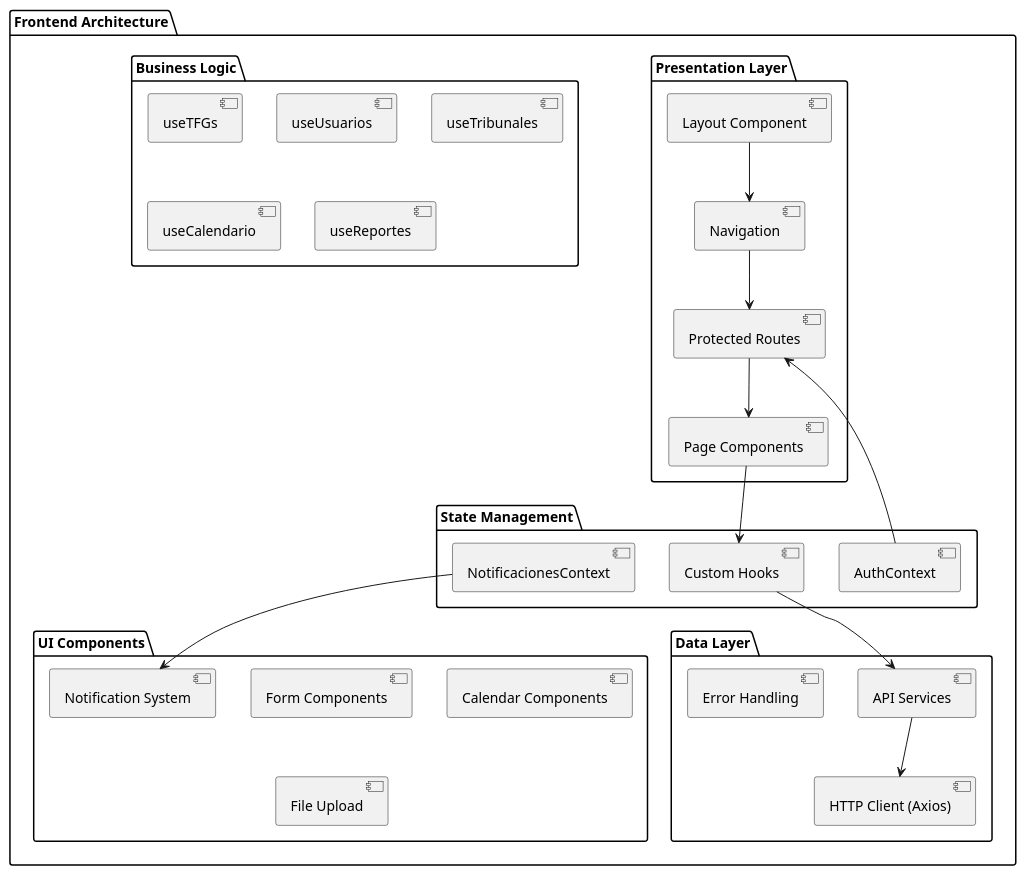
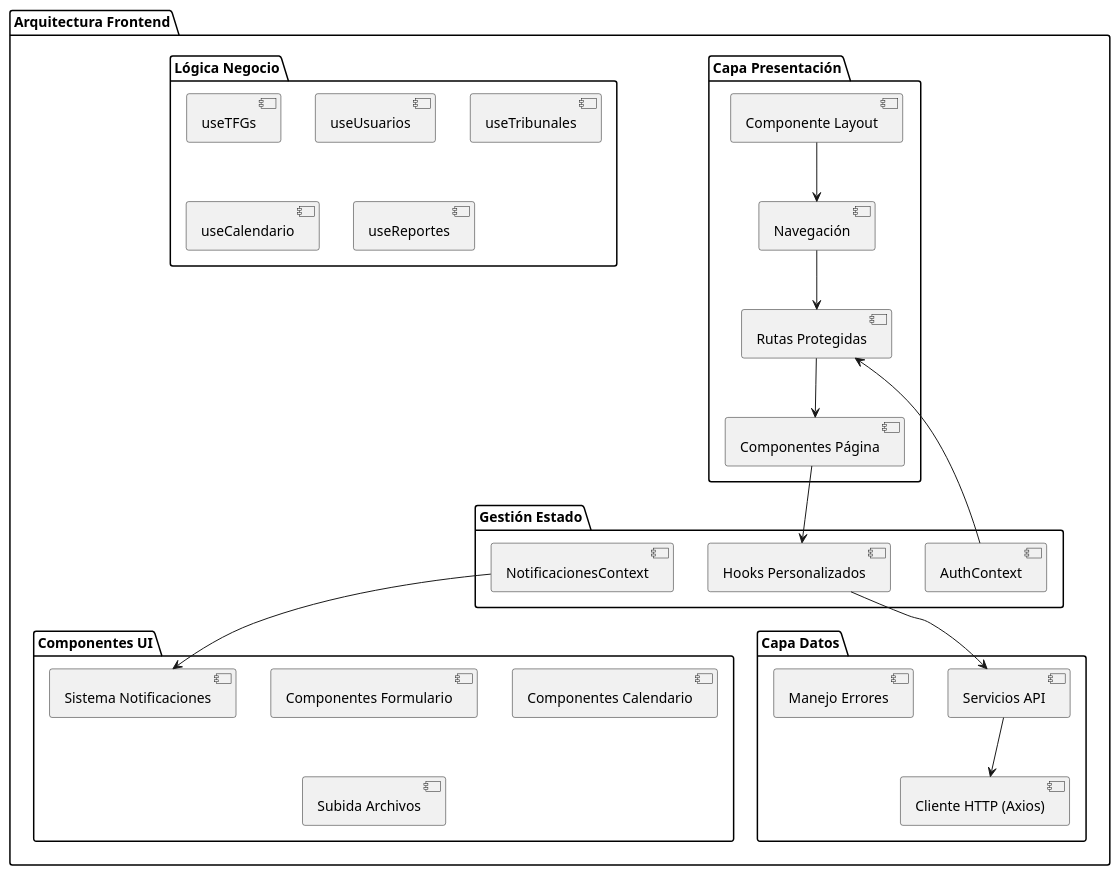
One commit to JuanmaCenteno/PlataformaTFG changed the first of 5 diagrams in docs/05_diseno.md. Above: the diagram before and after it, drawn with PlantUML. The commit also changed other lines of this file and 4 other files, not shown here.

````diff
--- a/docs/05_diseno.md
+++ b/docs/05_diseno.md
@@ -13,50 +13,50 @@
 ```plantuml
 @startuml
-package "Frontend Architecture" {
+package "Arquitectura Frontend" {
   
-  package "Presentation Layer" {
-    [Layout Component]
-    [Navigation]
-    [Protected Routes]
-    [Page Components]
+  package "Capa Presentación" {
+    [Componente Layout]
+    [Navegación]
+    [Rutas Protegidas]
+    [Componentes Página]
   }
   
-  package "State Management" {
+  package "Gestión Estado" {
     [AuthContext]
     [NotificacionesContext]
-    [Custom Hooks]
+    [Hooks Personalizados]
   }
   
-  package "Business Logic" {
+  package "Lógica Negocio" {
     [useTFGs]
     [useUsuarios]
     [useTribunales]
     [useCalendario]
     [useReportes]
   }
   
-  package "Data Layer" {
-    [API Services]
-    [HTTP Client (Axios)]
-    [Error Handling]
+  package "Capa Datos" {
+    [Servicios API]
+    [Cliente HTTP (Axios)]
+    [Manejo Errores]
   }
   
-  package "UI Components" {
-    [Form Components]
-    [Calendar Components]
-    [File Upload]
-    [Notification System]
+  package "Componentes UI" {
+    [Componentes Formulario]
+    [Componentes Calendario]
+    [Subida Archivos]
+    [Sistema Notificaciones]
   }
 }
 
-[Layout Component] --> [Navigation]
-[Navigation] --> [Protected Routes]
-[Protected Routes] --> [Page Components]
-[Page Components] --> [Custom Hooks]
-[Custom Hooks] --> [API Services]
-[API Services] --> [HTTP Client (Axios)]
-[AuthContext] --> [Protected Routes]
-[NotificacionesContext] --> [Notification System]
+[Componente Layout] --> [Navegación]
+[Navegación] --> [Rutas Protegidas]
+[Rutas Protegidas] --> [Componentes Página]
+[Componentes Página] --> [Hooks Personalizados]
+[Hooks Personalizados] --> [Servicios API]
+[Servicios API] --> [Cliente HTTP (Axios)]
+[AuthContext] --> [Rutas Protegidas]
+[NotificacionesContext] --> [Sistema Notificaciones]
 
 @enduml
 ```
````
